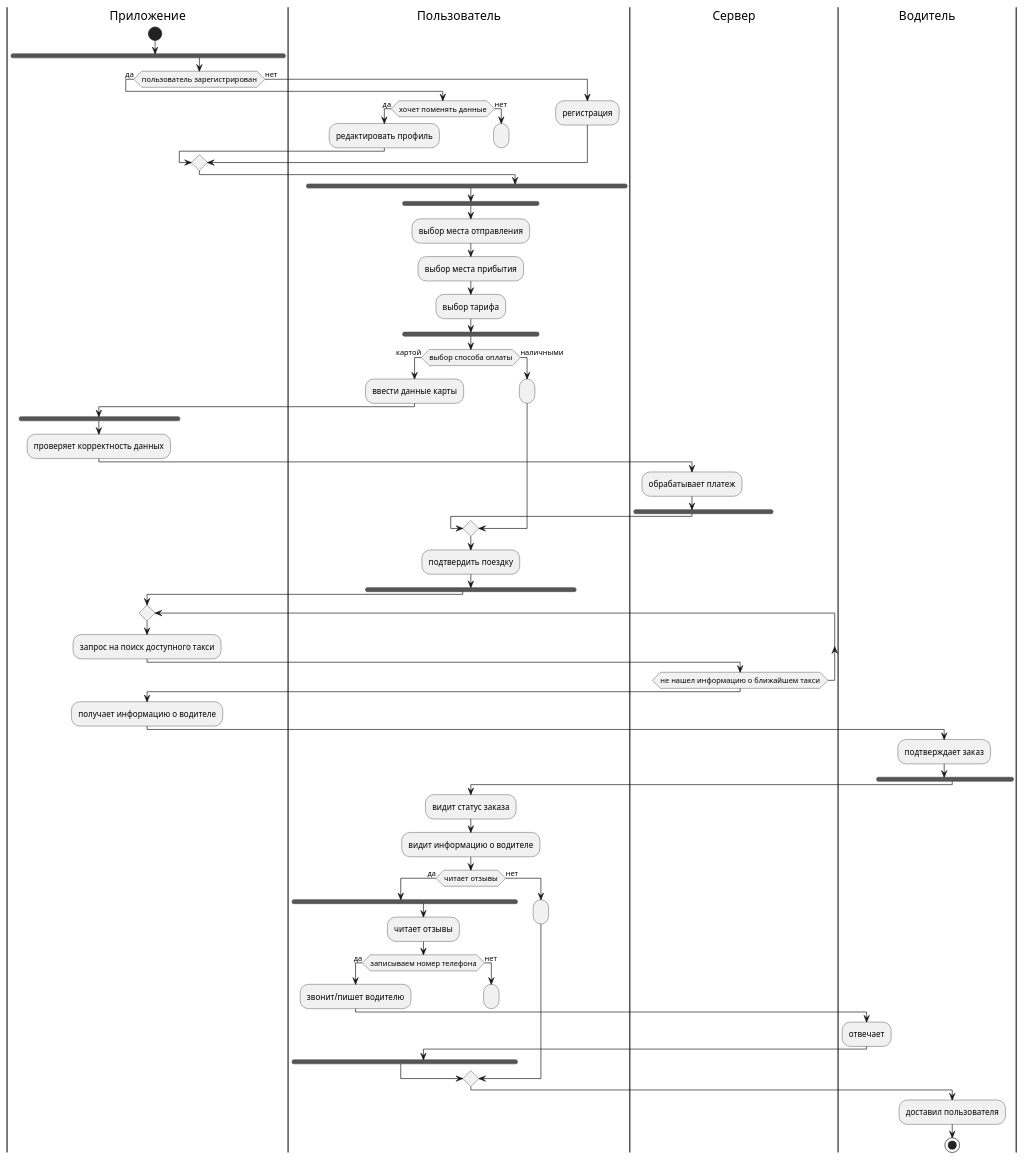
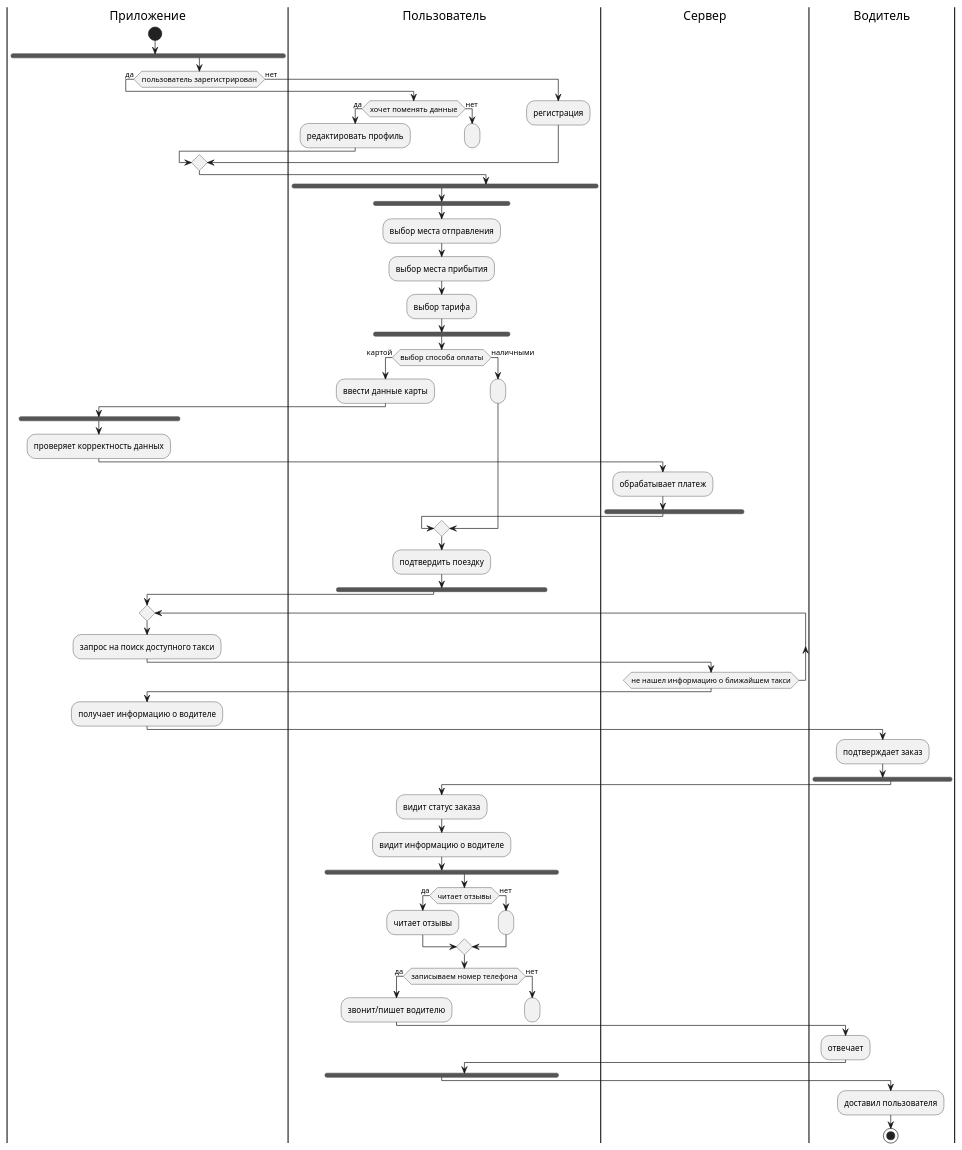
Before and after one commit to elviiron/aston_hw: the diagram in activity.plantuml, drawn with PlantUML.

```diff
--- a/activity.plantuml
+++ b/activity.plantuml
@@ -1,72 +1,73 @@
 @startuml
 |Приложение|
 start
 fork
 if (пользователь зарегистрирован) then (да)
   |Пользователь|
   if (хочет поменять данные) then (да)
     :редактировать профиль;
   else (нет)
     :;
     kill
   endif
 else (нет)
   :регистрация;
 endif
 end fork
 |Пользователь|
 fork
 :выбор места отправления;
 :выбор места прибытия;
 :выбор тарифа;
 end fork
 if (выбор способа оплаты) then (картой)
   :ввести данные карты;
   |Приложение|
   fork
   :проверяет корректность данных;
   |Сервер|
   :обрабатывает платеж;
   end fork
 |Пользователь|
 else (наличными)
   :;
 endif
 :подтвердить поездку;
 fork
 |Приложение|
 repeat
   :запрос на поиск доступного такси;
   |Сервер|
 repeat while (не нашел информацию о ближайшем такси)
 |Приложение|
 :получает информацию о водителе;
 |Водитель|
 :подтверждает заказ;
 end fork
 |Пользователь|
 :видит статус заказа;
 :видит информацию о водителе;
+fork
 if (читает отзывы) then (да)
-    fork
     :читает отзывы;
-    if (записываем номер телефона) then (да)
+
+else (нет)
+  |Пользователь|
+  :;
+endif
+if (записываем номер телефона) then (да)
       |Пользователь|
       :звонит/пишет водителю;
       |Водитель|
       :отвечает;
       |Пользователь|
     else (нет)
       |Пользователь|
       :;
       kill
     endif
-    end fork
-  else (нет)
-    |Пользователь|
-    :;
-  endif
+end fork
 |Водитель|
 :доставил пользователя;
 stop
 @enduml
```
